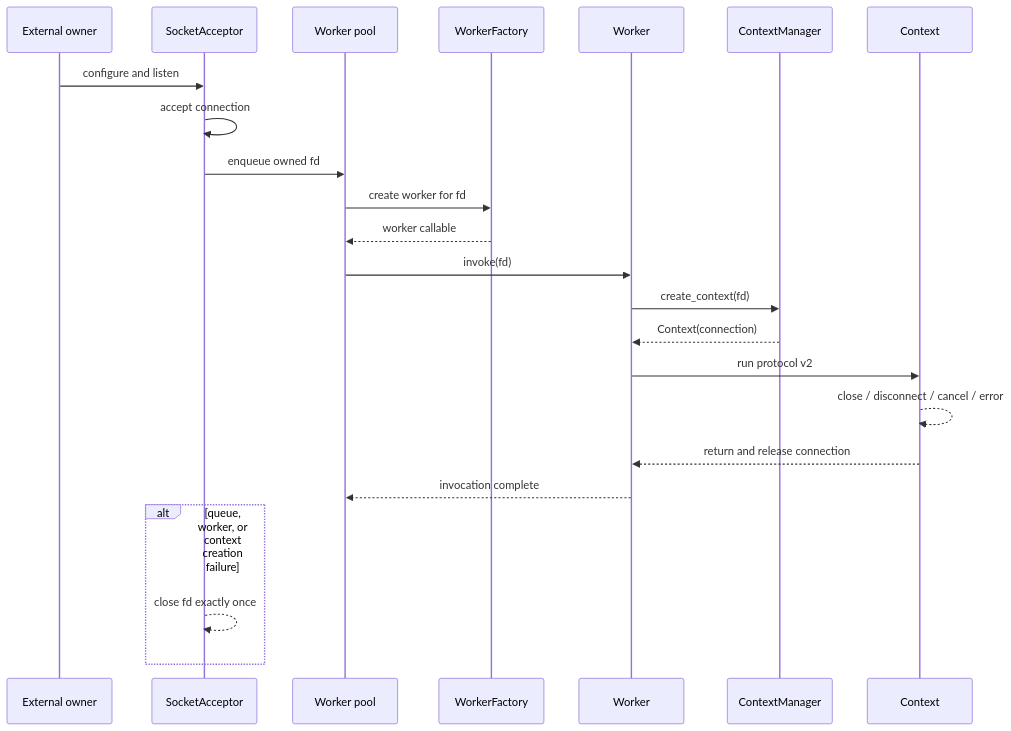
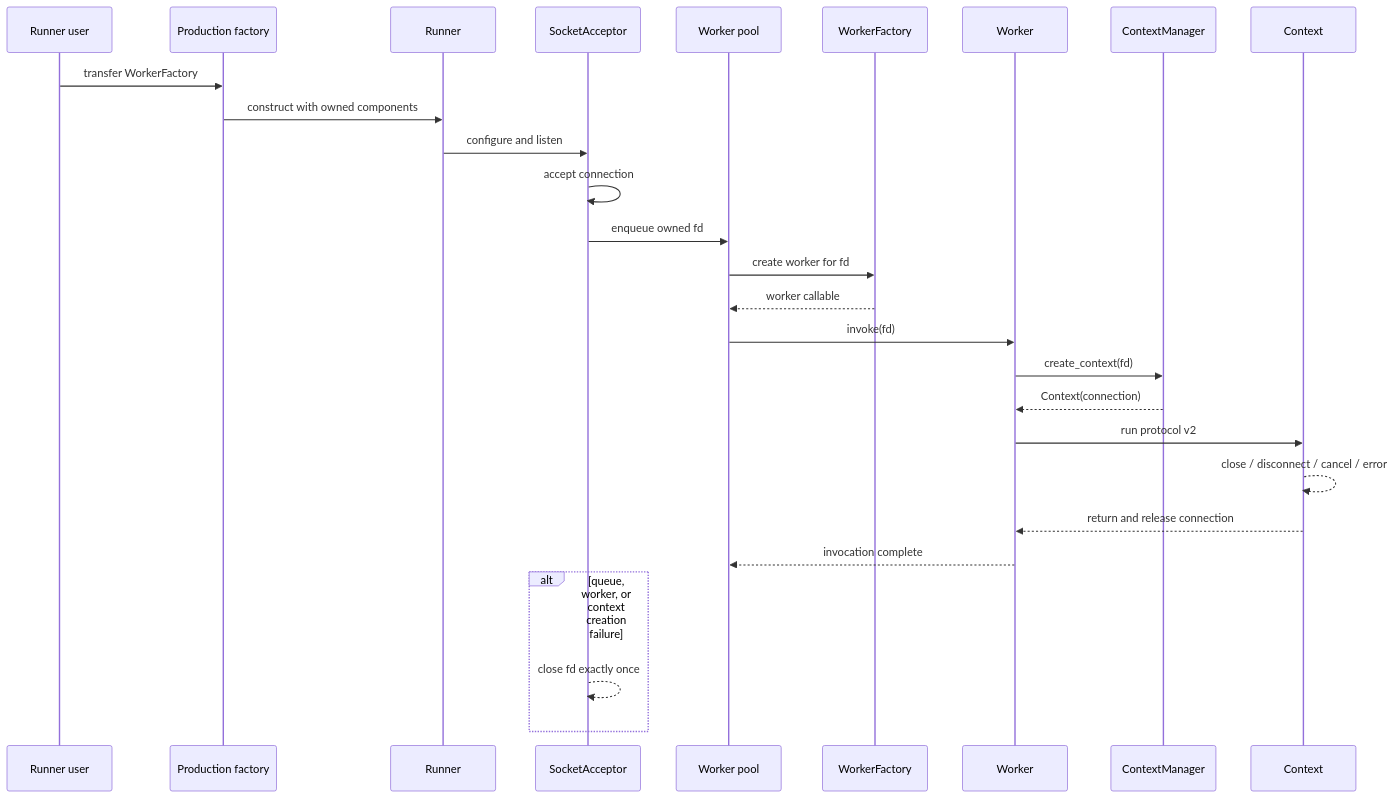
Before and after one commit to exasol/udf-runner-cpp: the diagram in doc/design/v2/runner/connection_lifecycle.mmd, drawn with Mermaid. The commit also changed 6 other files, not shown here.

```diff
--- a/doc/design/v2/runner/connection_lifecycle.mmd
+++ b/doc/design/v2/runner/connection_lifecycle.mmd
@@ -1,25 +1,29 @@
 sequenceDiagram
-    participant Owner as External owner
+    participant User as Runner user
+    participant Production as Production factory
+    participant Runner
     participant Acceptor as SocketAcceptor
     participant Pool as Worker pool
     participant Factory as WorkerFactory
     participant Worker
     participant Manager as ContextManager
     participant Context
 
-    Owner->>Acceptor: configure and listen
+    User->>Production: transfer WorkerFactory
+    Production->>Runner: construct with owned components
+    Runner->>Acceptor: configure and listen
     Acceptor->>Acceptor: accept connection
     Acceptor->>Pool: enqueue owned fd
     Pool->>Factory: create worker for fd
     Factory-->>Pool: worker callable
     Pool->>Worker: invoke(fd)
     Worker->>Manager: create_context(fd)
     Manager-->>Worker: Context(connection)
     Worker->>Context: run protocol v2
     Context-->>Context: close / disconnect / cancel / error
     Context-->>Worker: return and release connection
     Worker-->>Pool: invocation complete
 
     alt queue, worker, or context creation failure
         Acceptor-->>Acceptor: close fd exactly once
     end
```
